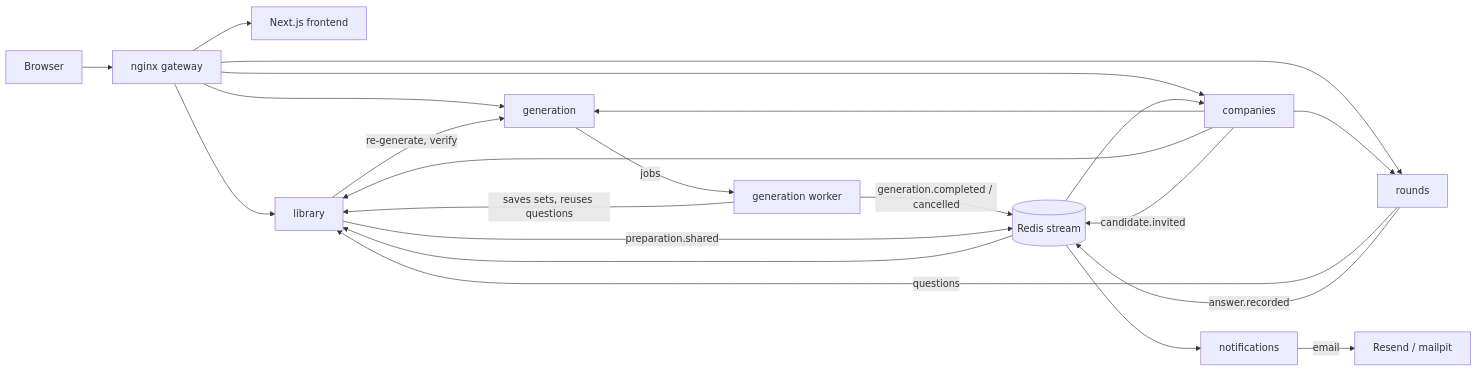
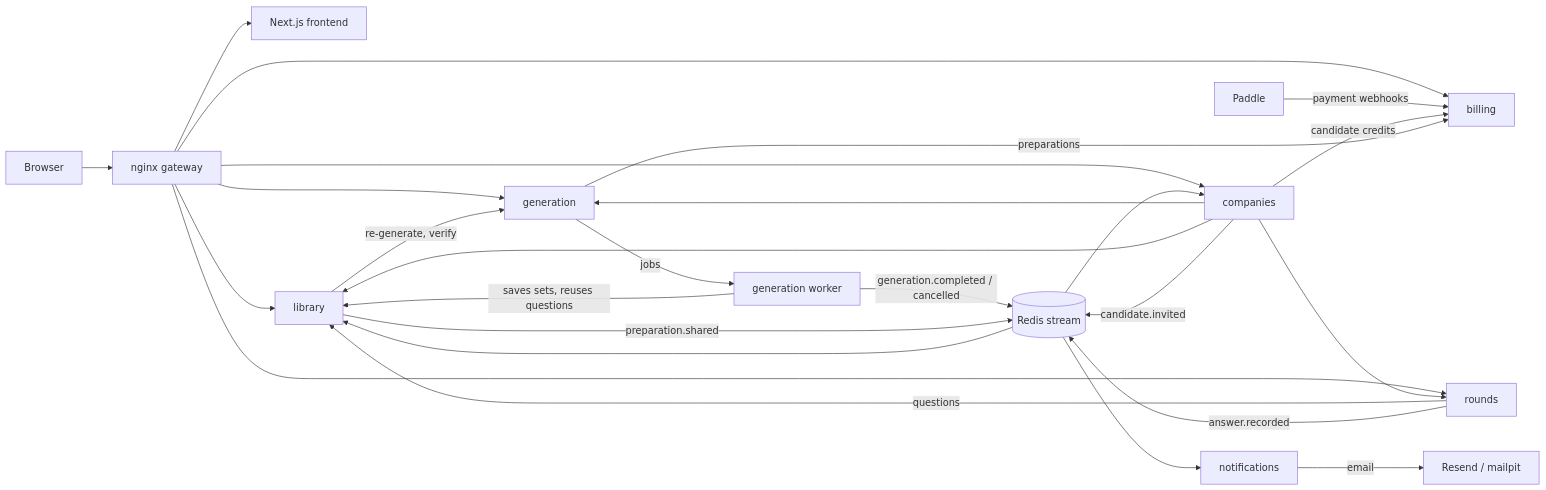
Before and after one commit to Vilsky-Viktor/ai-interview-prep-platform: the diagram in README.md, drawn with Mermaid. The commit also changed other lines of this file and 78 other files, not shown here.

Commit message:
payment integration with Paddle

````diff
--- a/README.md
+++ b/README.md
@@ -33,25 +33,29 @@
 ```mermaid
 flowchart LR
     browser[Browser] --> gateway[nginx gateway]
     gateway --> frontend[Next.js frontend]
     gateway --> library
     gateway --> generation
     gateway --> rounds
     gateway --> companies
+    gateway --> billing
+    paddle[Paddle] -- payment webhooks --> billing
 
     generation -- jobs --> worker[generation worker]
     worker -- saves sets, reuses questions --> library
     library -- re-generate, verify --> generation
     rounds -- questions --> library
     companies --> generation
     companies --> library
     companies --> rounds
+    companies -- candidate credits --> billing
+    generation -- preparations --> billing
 
     rounds -- answer.recorded --> redis[(Redis stream)]
     worker -- generation.completed / cancelled --> redis
     library -- preparation.shared --> redis
     companies -- candidate.invited --> redis
     redis --> library
     redis --> companies
     redis --> notifications -- email --> smtp[Resend / mailpit]
 ```
````
